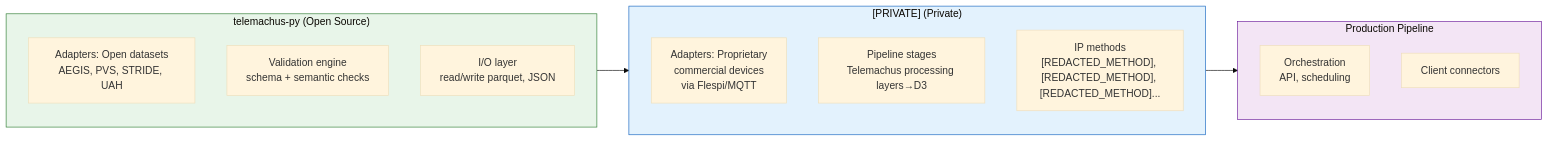
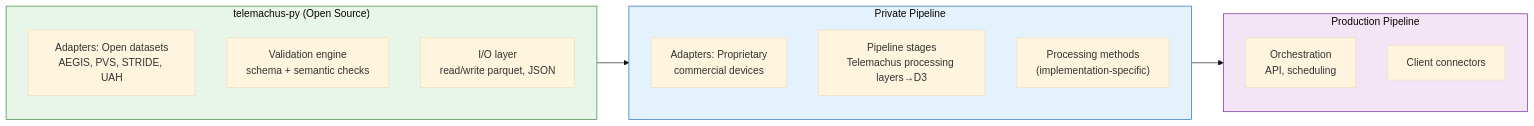
Before and after one commit to telemachus3/telemachus: the first of 5 diagrams in spec/SPEC-03-adapters-validation.md, drawn with Mermaid (base theme). The commit also changed other lines of this file and 4 other files, not shown here.

````diff
--- a/spec/SPEC-03-adapters-validation.md
+++ b/spec/SPEC-03-adapters-validation.md
@@ -25,25 +25,25 @@
 ```mermaid
 graph LR
     subgraph PUBLIC["telemachus-py (Open Source)"]
         A_OPEN["Adapters: Open datasets\nAEGIS, PVS, STRIDE, UAH"]
         VAL["Validation engine\nschema + semantic checks"]
         IO["I/O layer\nread/write parquet, JSON"]
     end
 
-    subgraph PRIVATE["[PRIVATE] (Private)"]
-        A_PROP["Adapters: Proprietary\ncommercial devices\nvia Flespi/MQTT"]
+    subgraph PRIVATE["Private Pipeline"]
+        A_PROP["Adapters: Proprietary\ncommercial devices"]
         PIPE["Pipeline stages\nTelemachus processing layers→D3"]
-        METHODS["IP methods\n[REDACTED_METHOD], [REDACTED_METHOD], [REDACTED_METHOD]..."]
+        METHODS["Processing methods\n(implementation-specific)"]
     end
 
     subgraph PRODUCT["Production Pipeline"]
         ORCH["Orchestration\nAPI, scheduling"]
         CONN["Client connectors"]
     end
 
     PUBLIC --> PRIVATE --> PRODUCT
 
     style PUBLIC fill:#e8f5e9,stroke:#2e7d32
     style PRIVATE fill:#e3f2fd,stroke:#1565c0
     style PRODUCT fill:#f3e5f5,stroke:#6a1b9a
 ```
````
